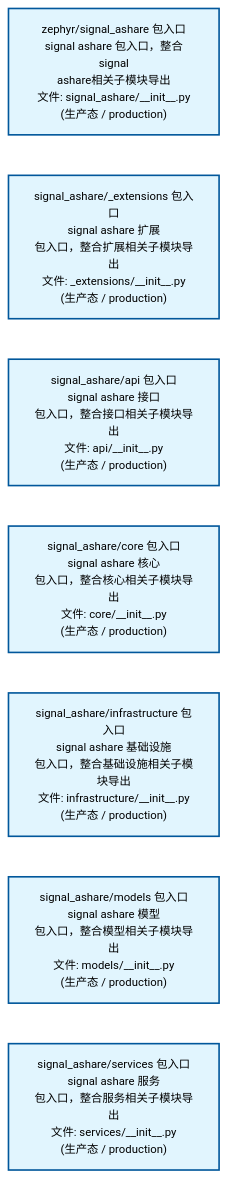
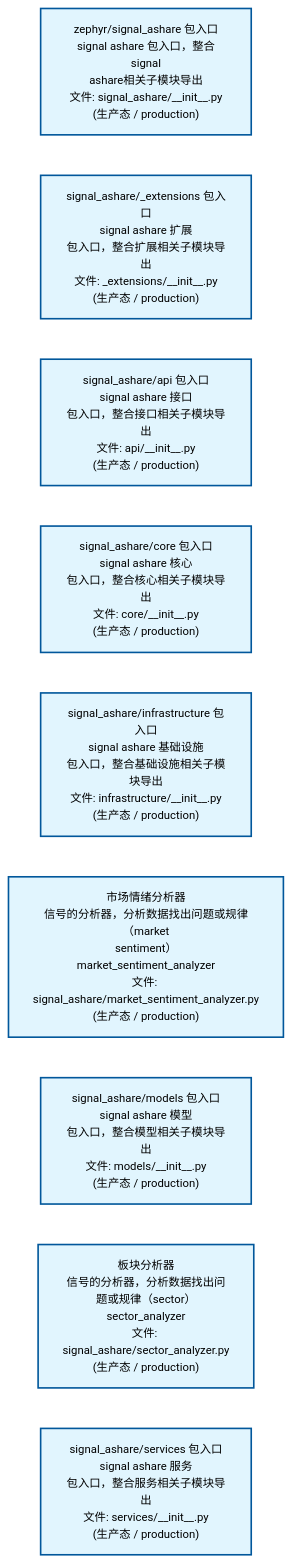
One commit to xuanFelixVan/ZephyrAlpha changed the second of 4 diagrams in docs/02_enterprise_architecture/02_domain_architecture_docs/32_d_ashare_signal.md. Above: the diagram before and after it, drawn with Mermaid. The commit also changed other lines of this file and 46 other files, not shown here.

````diff
--- a/docs/02_enterprise_architecture/02_domain_architecture_docs/32_d_ashare_signal.md
+++ b/docs/02_enterprise_architecture/02_domain_architecture_docs/32_d_ashare_signal.md
@@ -111,22 +111,26 @@
 ```mermaid
 %%{init: {'theme': 'base', 'themeVariables': {'primaryColor': '#eaeaea', 'primaryTextColor': '#333333', 'primaryBorderColor': '#666666', 'lineColor': '#666666', 'secondaryColor': '#eaeaea', 'tertiaryColor': '#eaeaea', 'fontSize': '14px'}}}%%
 flowchart TD
     src_zephyr_signal_ashare_init_py["zephyr/signal_ashare 包入口<br/>signal ashare 包入口，整合signal<br/>ashare相关子模块导出<br/>文件: signal_ashare/__init__.py<br/>(生产态 / production)"]
     src_zephyr_signal_ashare_extensions_init_py["signal_ashare/_extensions 包入口<br/>signal ashare 扩展<br/>包入口，整合扩展相关子模块导出<br/>文件: _extensions/__init__.py<br/>(生产态 / production)"]
     src_zephyr_signal_ashare_api_init_py["signal_ashare/api 包入口<br/>signal ashare 接口<br/>包入口，整合接口相关子模块导出<br/>文件: api/__init__.py<br/>(生产态 / production)"]
     src_zephyr_signal_ashare_core_init_py["signal_ashare/core 包入口<br/>signal ashare 核心<br/>包入口，整合核心相关子模块导出<br/>文件: core/__init__.py<br/>(生产态 / production)"]
     src_zephyr_signal_ashare_infrastructure_init_py["signal_ashare/infrastructure 包入口<br/>signal ashare 基础设施<br/>包入口，整合基础设施相关子模块导出<br/>文件: infrastructure/__init__.py<br/>(生产态 / production)"]
+    src_zephyr_signal_ashare_market_sentiment_analyzer_py["市场情绪分析器<br/>信号的分析器，分析数据找出问题或规律（market<br/>sentiment）<br/>market_sentiment_analyzer<br/>文件: signal_ashare/market_sentiment_analyzer.py<br/>(生产态 / production)"]
     src_zephyr_signal_ashare_models_init_py["signal_ashare/models 包入口<br/>signal ashare 模型<br/>包入口，整合模型相关子模块导出<br/>文件: models/__init__.py<br/>(生产态 / production)"]
+    src_zephyr_signal_ashare_sector_analyzer_py["板块分析器<br/>信号的分析器，分析数据找出问题或规律（sector）<br/>sector_analyzer<br/>文件: signal_ashare/sector_analyzer.py<br/>(生产态 / production)"]
     src_zephyr_signal_ashare_services_init_py["signal_ashare/services 包入口<br/>signal ashare 服务<br/>包入口，整合服务相关子模块导出<br/>文件: services/__init__.py<br/>(生产态 / production)"]
     src_zephyr_signal_ashare_init_py ~~~ src_zephyr_signal_ashare_extensions_init_py
     src_zephyr_signal_ashare_extensions_init_py ~~~ src_zephyr_signal_ashare_api_init_py
     src_zephyr_signal_ashare_api_init_py ~~~ src_zephyr_signal_ashare_core_init_py
     src_zephyr_signal_ashare_core_init_py ~~~ src_zephyr_signal_ashare_infrastructure_init_py
-    src_zephyr_signal_ashare_infrastructure_init_py ~~~ src_zephyr_signal_ashare_models_init_py
-    src_zephyr_signal_ashare_models_init_py ~~~ src_zephyr_signal_ashare_services_init_py
+    src_zephyr_signal_ashare_infrastructure_init_py ~~~ src_zephyr_signal_ashare_market_sentiment_analyzer_py
+    src_zephyr_signal_ashare_market_sentiment_analyzer_py ~~~ src_zephyr_signal_ashare_models_init_py
+    src_zephyr_signal_ashare_models_init_py ~~~ src_zephyr_signal_ashare_sector_analyzer_py
+    src_zephyr_signal_ashare_sector_analyzer_py ~~~ src_zephyr_signal_ashare_services_init_py
     classDef production fill:#e1f5fe,stroke:#01579b,stroke-width:2px,color:#000
     classDef design fill:#fff3e0,stroke:#e65100,stroke-width:2px,color:#000,stroke-dasharray: 5 5
     classDef external_prod fill:#e8f4fd,stroke:#0277bd,stroke-width:1px,color:#000
     classDef external_design fill:#fff8e7,stroke:#ef6c00,stroke-width:1px,color:#000,stroke-dasharray: 5 5
-    class src_zephyr_signal_ashare_init_py,src_zephyr_signal_ashare_extensions_init_py,src_zephyr_signal_ashare_api_init_py,src_zephyr_signal_ashare_core_init_py,src_zephyr_signal_ashare_infrastructure_init_py,src_zephyr_signal_ashare_models_init_py,src_zephyr_signal_ashare_services_init_py production
+    class src_zephyr_signal_ashare_init_py,src_zephyr_signal_ashare_extensions_init_py,src_zephyr_signal_ashare_api_init_py,src_zephyr_signal_ashare_core_init_py,src_zephyr_signal_ashare_infrastructure_init_py,src_zephyr_signal_ashare_market_sentiment_analyzer_py,src_zephyr_signal_ashare_models_init_py,src_zephyr_signal_ashare_sector_analyzer_py,src_zephyr_signal_ashare_services_init_py production
 ```
````
